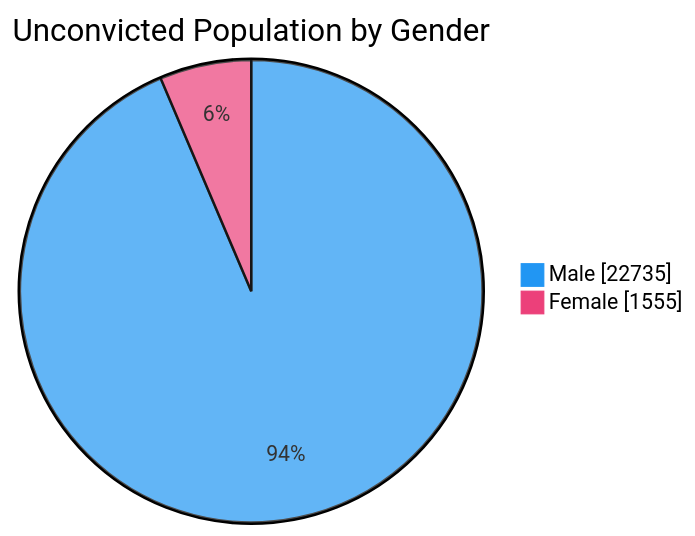
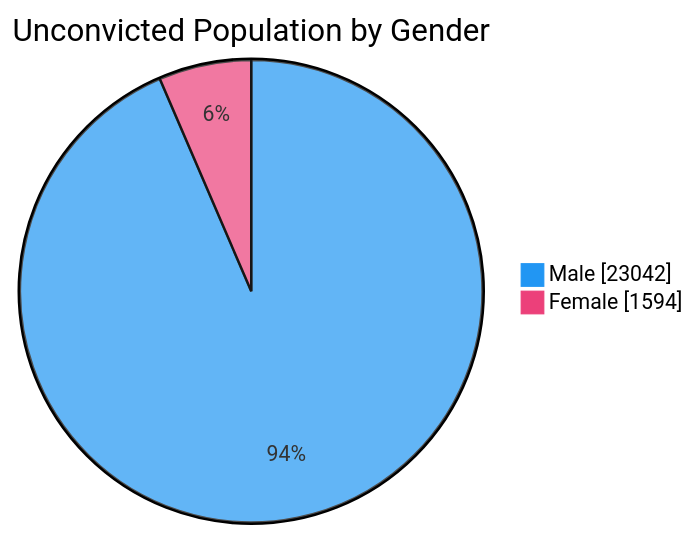
Before and after one commit to nuuuwan/lk_prisons: the fourth of 7 diagrams in README.md, drawn with Mermaid. The commit also changed other lines of this file and 1 other file, not shown here.

````diff
--- a/README.md
+++ b/README.md
@@ -76,6 +76,6 @@
 ```mermaid
 %%{init: {'themeVariables': {'pie1': '#2196F3', 'pie2': '#EC407A'}}}%%
 pie showData title Unconvicted Population by Gender
-    "Male" : 22735
-    "Female" : 1555
+    "Male" : 23042
+    "Female" : 1594
 ```
````
